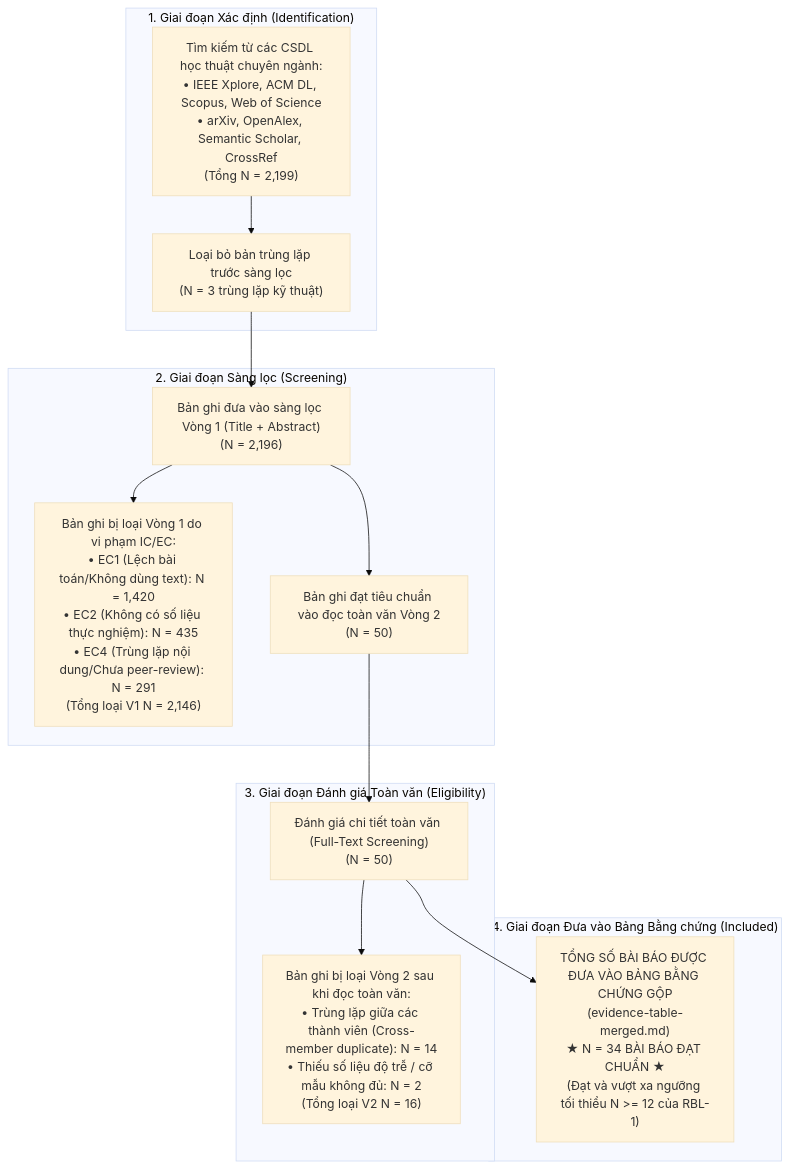
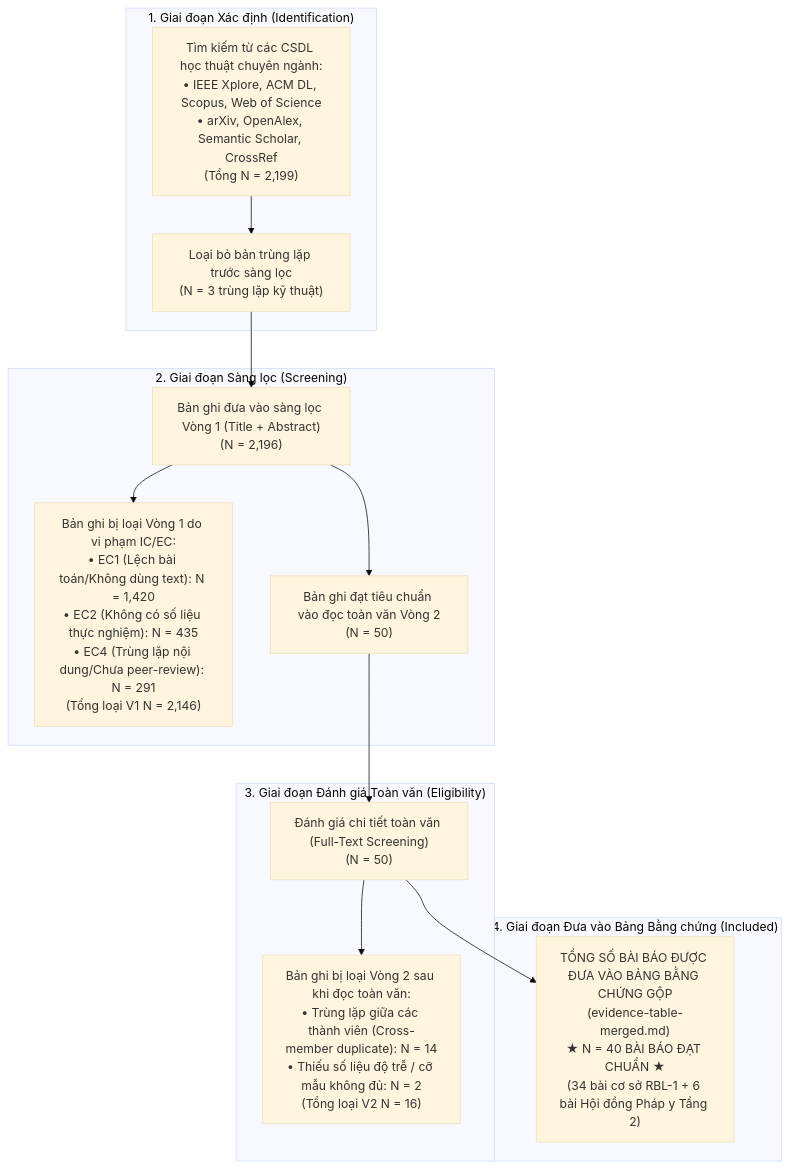
Before and after one commit to QuangWorkIT/RBL_ScamShield: the diagram in team-synthesis/prisma-team.md, drawn with Mermaid (base theme). The commit also changed other lines of this file and 7 other files, not shown here.

````diff
--- a/team-synthesis/prisma-team.md
+++ b/team-synthesis/prisma-team.md
@@ -11,29 +11,29 @@
 ```mermaid
 flowchart TD
     subgraph Identification["1. Giai đoạn Xác định (Identification)"]
         A1["Tìm kiếm từ các CSDL học thuật chuyên ngành:<br>• IEEE Xplore, ACM DL, Scopus, Web of Science<br>• arXiv, OpenAlex, Semantic Scholar, CrossRef<br>(Tổng N = 2,199)"]
         A2["Loại bỏ bản trùng lặp trước sàng lọc<br>(N = 3 trùng lặp kỹ thuật)"]
         A1 --> A2
     end
 
     subgraph Screening["2. Giai đoạn Sàng lọc (Screening)"]
         B1["Bản ghi đưa vào sàng lọc Vòng 1 (Title + Abstract)<br>(N = 2,196)"]
         A2 --> B1
         B2["Bản ghi bị loại Vòng 1 do vi phạm IC/EC:<br>• EC1 (Lệch bài toán/Không dùng text): N = 1,420<br>• EC2 (Không có số liệu thực nghiệm): N = 435<br>• EC4 (Trùng lặp nội dung/Chưa peer-review): N = 291<br>(Tổng loại V1 N = 2,146)"]
         B1 --> B2
         B3["Bản ghi đạt tiêu chuẩn vào đọc toàn văn Vòng 2<br>(N = 50)"]
         B1 --> B3
     end
 
     subgraph Eligibility["3. Giai đoạn Đánh giá Toàn văn (Eligibility)"]
         C1["Đánh giá chi tiết toàn văn (Full-Text Screening)<br>(N = 50)"]
         B3 --> C1
         C2["Bản ghi bị loại Vòng 2 sau khi đọc toàn văn:<br>• Trùng lặp giữa các thành viên (Cross-member duplicate): N = 14<br>• Thiếu số liệu độ trễ / cỡ mẫu không đủ: N = 2<br>(Tổng loại V2 N = 16)"]
         C1 --> C2
     end
 
     subgraph Included["4. Giai đoạn Đưa vào Bảng Bằng chứng (Included)"]
-        D1["TỔNG SỐ BÀI BÁO ĐƯỢC ĐƯA VÀO BẢNG BẰNG CHỨNG GỘP<br>(evidence-table-merged.md)<br>★ N = 34 BÀI BÁO ĐẠT CHUẨN ★<br>(Đạt và vượt xa ngưỡng tối thiểu N >= 12 của RBL-1)"]
+        D1["TỔNG SỐ BÀI BÁO ĐƯỢC ĐƯA VÀO BẢNG BẰNG CHỨNG GỘP<br>(evidence-table-merged.md)<br>★ N = 40 BÀI BÁO ĐẠT CHUẨN ★<br>(34 bài cơ sở RBL-1 + 6 bài Hội đồng Pháp y Tầng 2)"]
         C1 --> D1
     end
 ```
````
